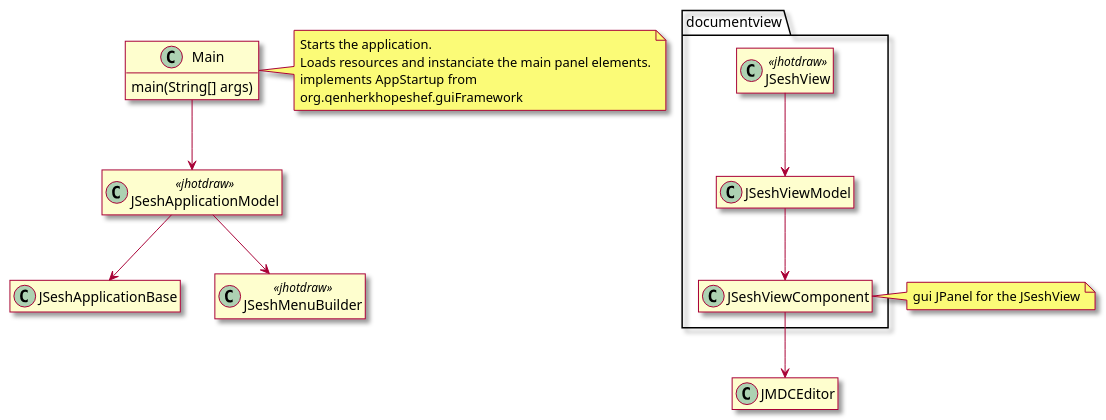
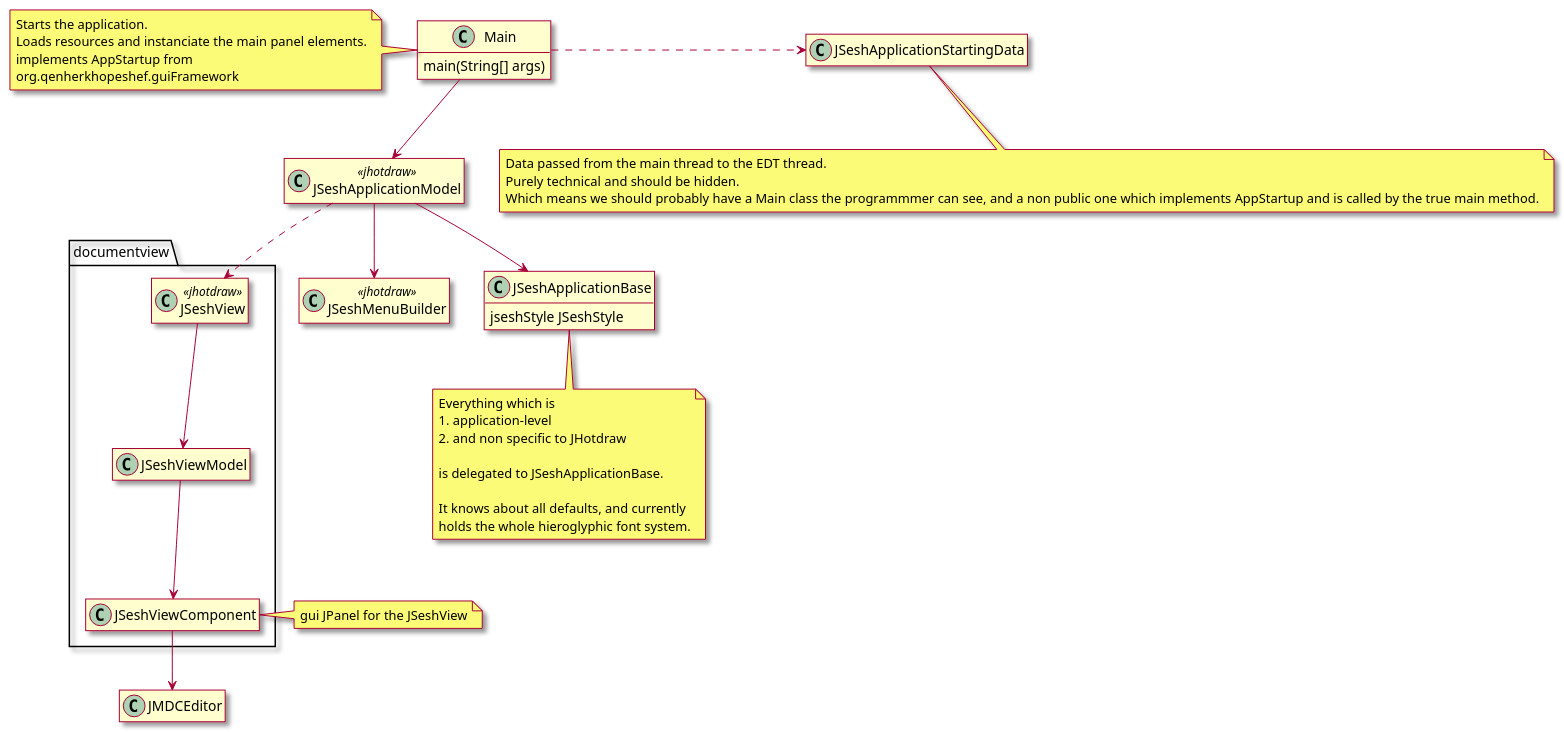
Before and after one commit to rosmord/jsesh: the first of 6 diagrams in 00_Documents/journal/DevelopperJournal.md, drawn with PlantUML. The commit also changed other lines of this file and 20 other files, not shown here.

````diff
--- a/00_Documents/journal/DevelopperJournal.md
+++ b/00_Documents/journal/DevelopperJournal.md
@@ -109,56 +110,78 @@
 ```plantuml
 @startuml
 skin rose
 hide empty members
 
 class Main {
     main(String[] args)
 }
 
-note right of Main
+note left of Main
 Starts the application.
 Loads resources and instanciate the main panel elements.
 implements AppStartup from 
 org.qenherkhopeshef.guiFramework
 end note
 
 Main --> JSeshApplicationModel
+Main .> JSeshApplicationStartingData
 
+note bottom of JSeshApplicationStartingData
+Data passed from the main thread to the EDT thread.
+Purely technical and should be hidden.
+Which means we should probably have a Main class the programmmer can see, and a non public one which implements AppStartup and is called by the true main method.
+end note
+
+together {
 class JSeshApplicationModel <<jhotdraw>> {
     
 }
 
 class JSeshApplicationBase  {
-    
+    jseshStyle JSeshStyle    
 }
 
+
 JSeshApplicationModel --> JSeshApplicationBase
+
 class JSeshMenuBuilder <<jhotdraw>> {
     
 }
 
 JSeshApplicationModel --> JSeshMenuBuilder
+}
 
 package documentview {
 
   class JSeshView <<jhotdraw>> {    
   }
   
   class JSeshViewComponent {}
 
   class JSeshViewModel {
       
   }
 }
 
 note right of JSeshViewComponent
 gui JPanel for the JSeshView
 end note
 
 JSeshView --> JSeshViewModel
 JSeshViewModel --> JSeshViewComponent
 
 JSeshViewComponent --> JMDCEditor
+JSeshApplicationModel ..> JSeshView
 
+note bottom of JSeshApplicationBase
+Everything which is 
+# application-level
+# and non specific to JHotdraw
+
+is delegated to JSeshApplicationBase.
+
+It knows about all defaults, and currently
+holds the whole hieroglyphic font system.
+end note
 @enduml
 ```
````
